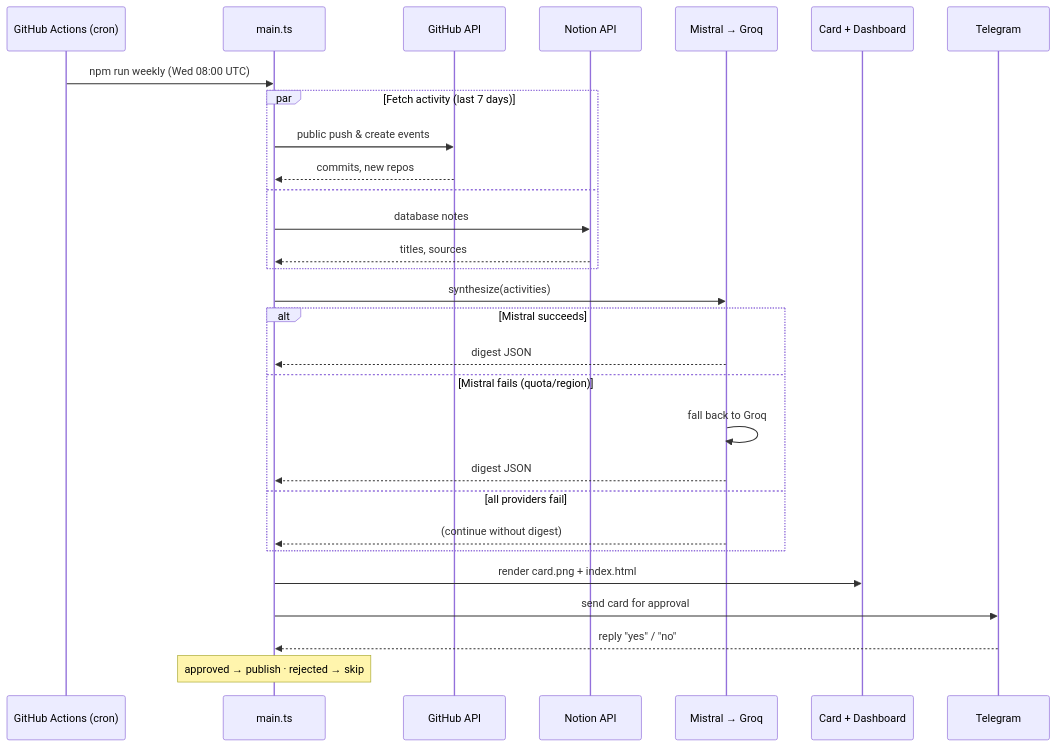
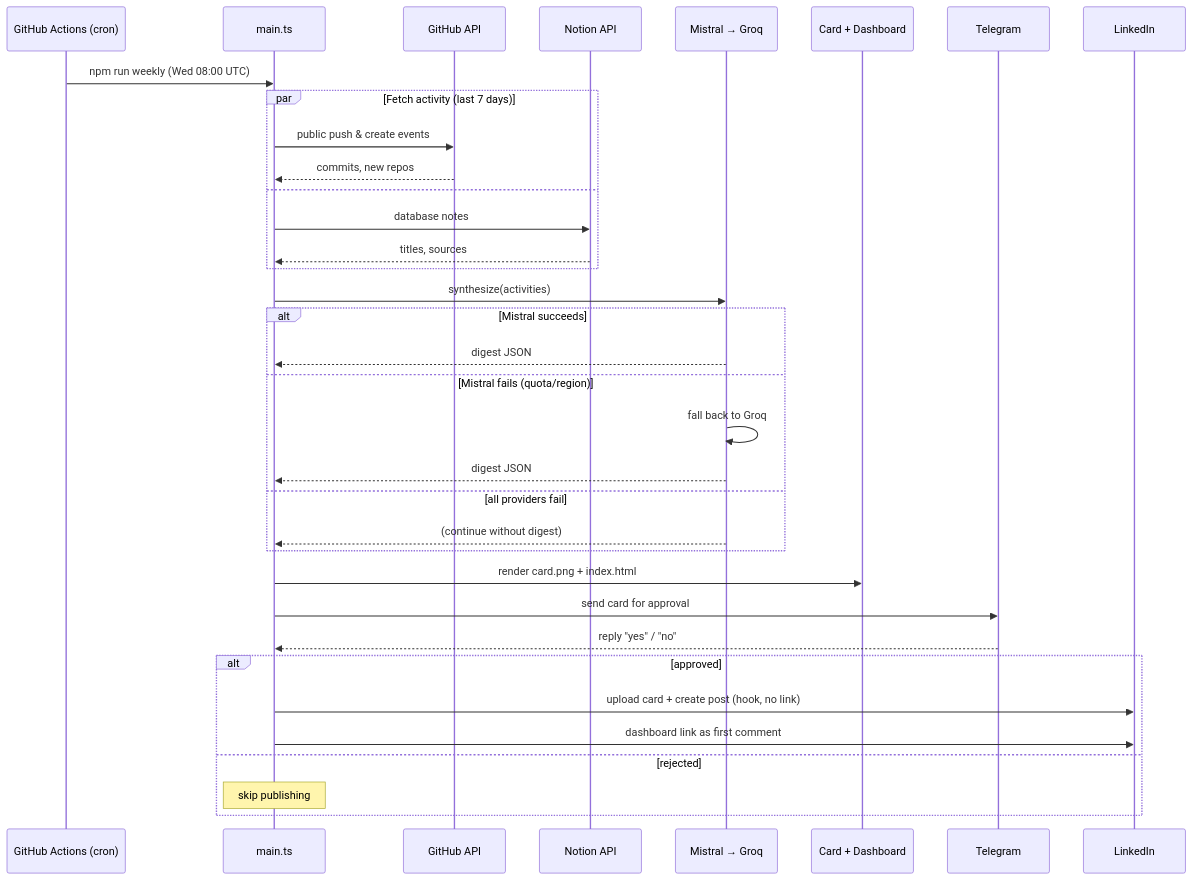
Before and after one commit to jormiquis/weekly-changelog: the second of 2 diagrams in README.md, drawn with Mermaid. The commit also changed other lines of this file and 36 other files, not shown here.

Commit message:
feat: created new changelog card and adapted dashboard

````diff
--- a/README.md
+++ b/README.md
@@ -85,32 +93,38 @@
 ```mermaid
 sequenceDiagram
     participant Cron as GitHub Actions (cron)
     participant Main as main.ts
     participant GH as GitHub API
     participant NO as Notion API
     participant AI as Mistral → Groq
     participant UI as Card + Dashboard
     participant TG as Telegram
+    participant LI as LinkedIn
 
     Cron->>Main: npm run weekly (Wed 08:00 UTC)
     par Fetch activity (last 7 days)
         Main->>GH: public push & create events
         GH-->>Main: commits, new repos
     and
         Main->>NO: database notes
         NO-->>Main: titles, sources
     end
     Main->>AI: synthesize(activities)
     alt Mistral succeeds
         AI-->>Main: digest JSON
     else Mistral fails (quota/region)
         AI->>AI: fall back to Groq
         AI-->>Main: digest JSON
     else all providers fail
         AI-->>Main: (continue without digest)
     end
     Main->>UI: render card.png + index.html
     Main->>TG: send card for approval
     TG-->>Main: reply "yes" / "no"
-    Note over Main: approved → publish · rejected → skip
+    alt approved
+        Main->>LI: upload card + create post (hook, no link)
+        Main->>LI: dashboard link as first comment
+    else rejected
+        Note over Main: skip publishing
+    end
 ```
````
